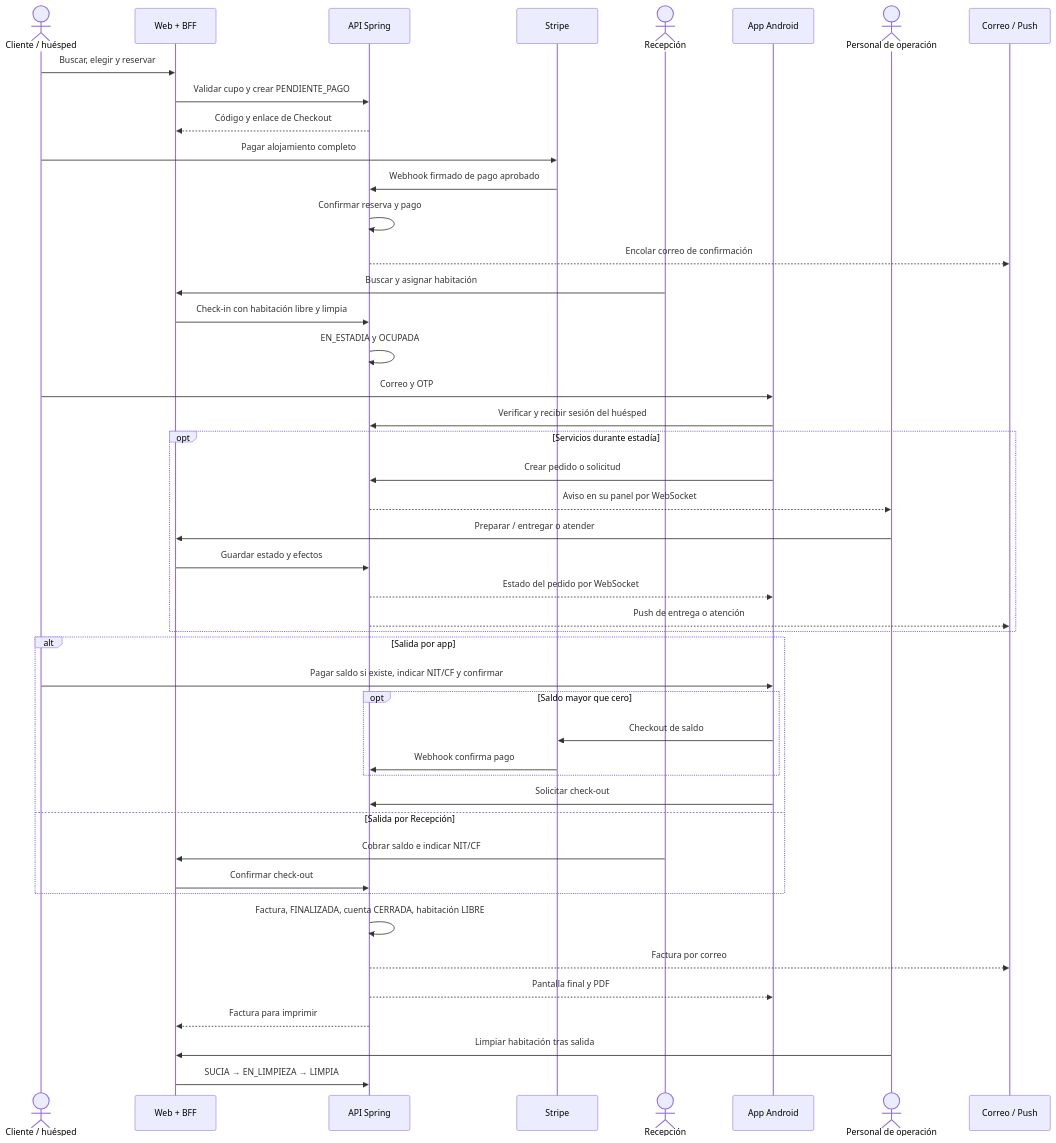
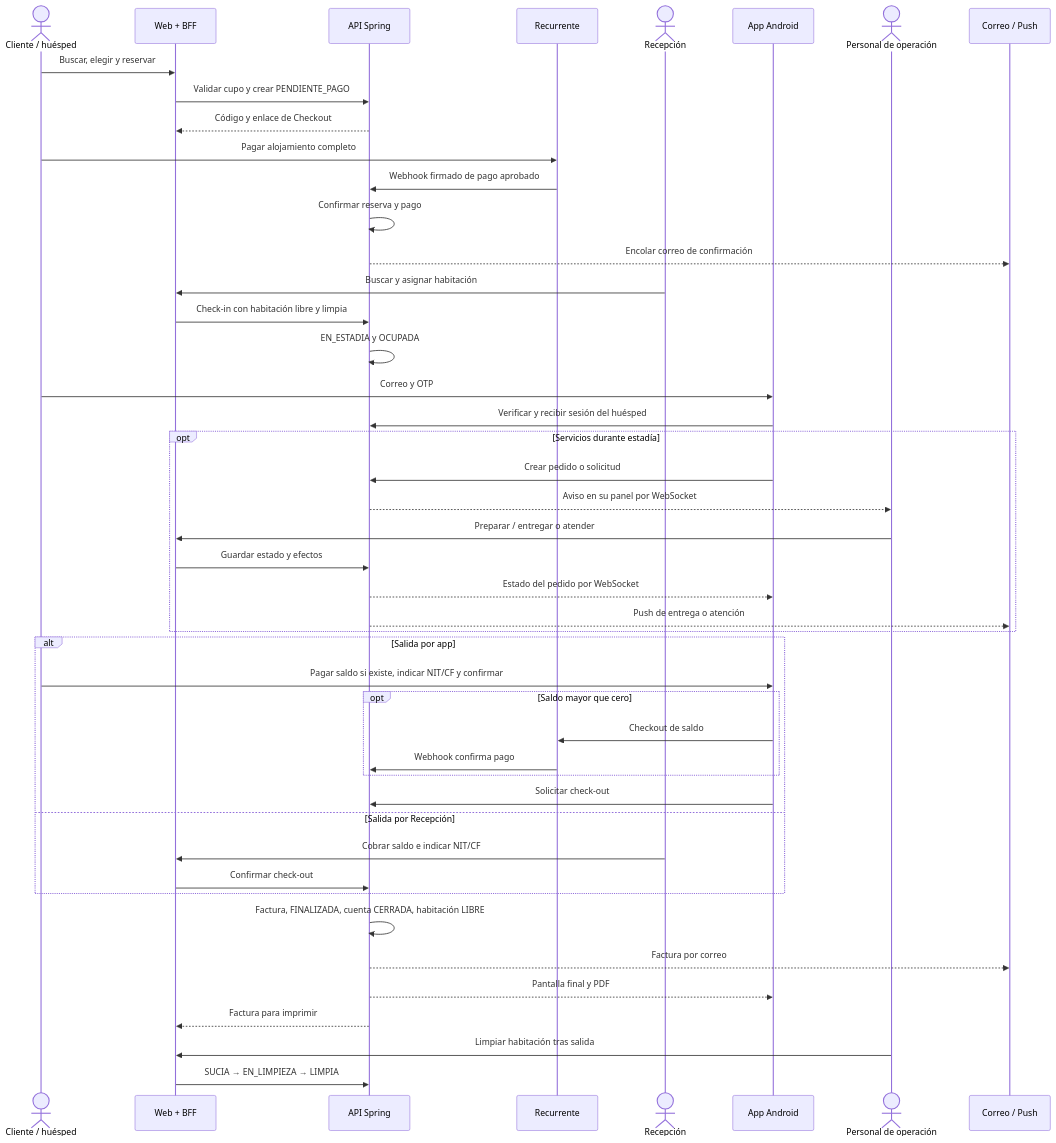
The diagram in 03-arquitectura/diagramas-sistema/04-secuencia-general-del-viaje-del-huesped.md (villaserenaguatee/villa-serena-docs), drawn with Mermaid before and after one commit. The commit also changed other lines of this file and 29 other files, not shown here.

````diff
--- a/03-arquitectura/diagramas-sistema/04-secuencia-general-del-viaje-del-huesped.md
+++ b/03-arquitectura/diagramas-sistema/04-secuencia-general-del-viaje-del-huesped.md
@@ -7,48 +9,48 @@
 ```mermaid
 sequenceDiagram
   actor C as Cliente / huésped
   participant W as Web + BFF
   participant S as API Spring
-  participant X as Stripe
+  participant X as Recurrente
   actor R as Recepción
   participant A as App Android
   actor O as Personal de operación
   participant N as Correo / Push
   C->>W: Buscar, elegir y reservar
   W->>S: Validar cupo y crear PENDIENTE_PAGO
   S-->>W: Código y enlace de Checkout
   C->>X: Pagar alojamiento completo
   X->>S: Webhook firmado de pago aprobado
   S->>S: Confirmar reserva y pago
   S-->>N: Encolar correo de confirmación
   R->>W: Buscar y asignar habitación
   W->>S: Check-in con habitación libre y limpia
   S->>S: EN_ESTADIA y OCUPADA
   C->>A: Correo y OTP
   A->>S: Verificar y recibir sesión del huésped
   opt Servicios durante estadía
     A->>S: Crear pedido o solicitud
     S-->>O: Aviso en su panel por WebSocket
     O->>W: Preparar / entregar o atender
     W->>S: Guardar estado y efectos
     S-->>A: Estado del pedido por WebSocket
     S-->>N: Push de entrega o atención
   end
   alt Salida por app
     C->>A: Pagar saldo si existe, indicar NIT/CF y confirmar
     opt Saldo mayor que cero
       A->>X: Checkout de saldo
       X->>S: Webhook confirma pago
     end
     A->>S: Solicitar check-out
   else Salida por Recepción
     R->>W: Cobrar saldo e indicar NIT/CF
     W->>S: Confirmar check-out
   end
   S->>S: Factura, FINALIZADA, cuenta CERRADA, habitación LIBRE
   S-->>N: Factura por correo
   S-->>A: Pantalla final y PDF
   S-->>W: Factura para imprimir
   O->>W: Limpiar habitación tras salida
   W->>S: SUCIA → EN_LIMPIEZA → LIMPIA
 ```
````
